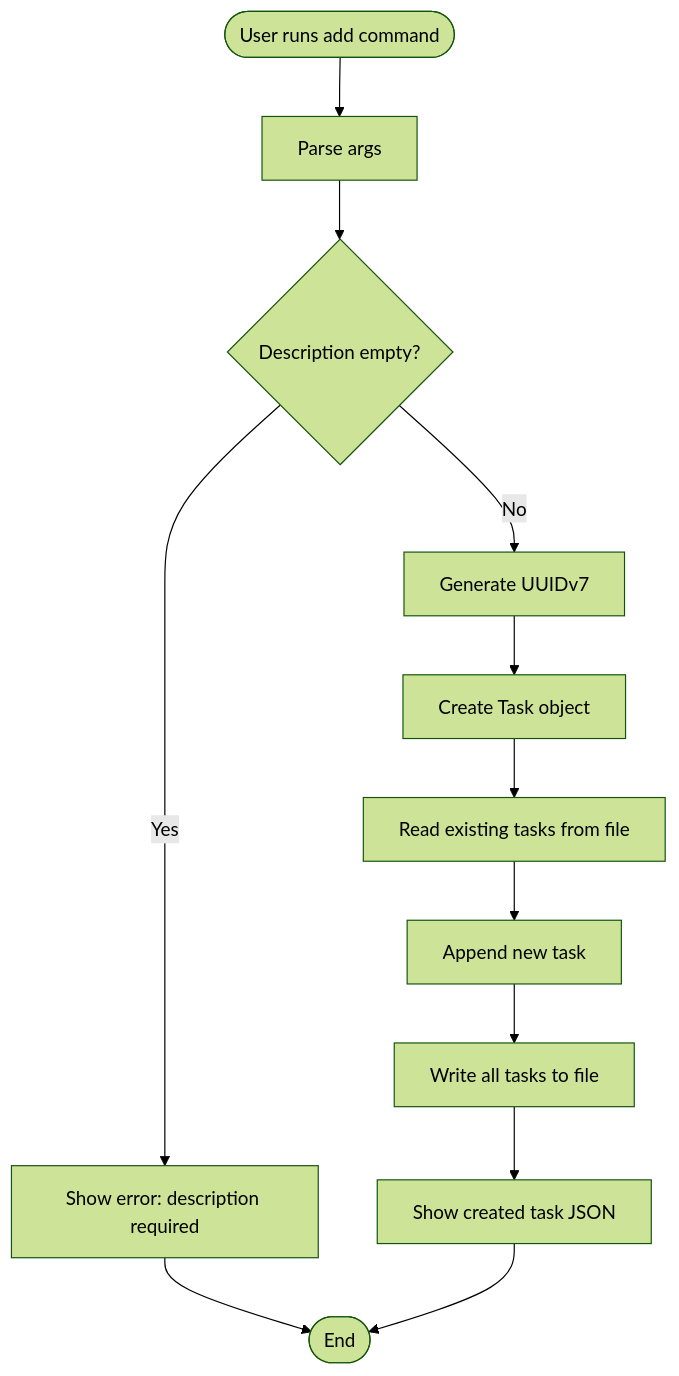
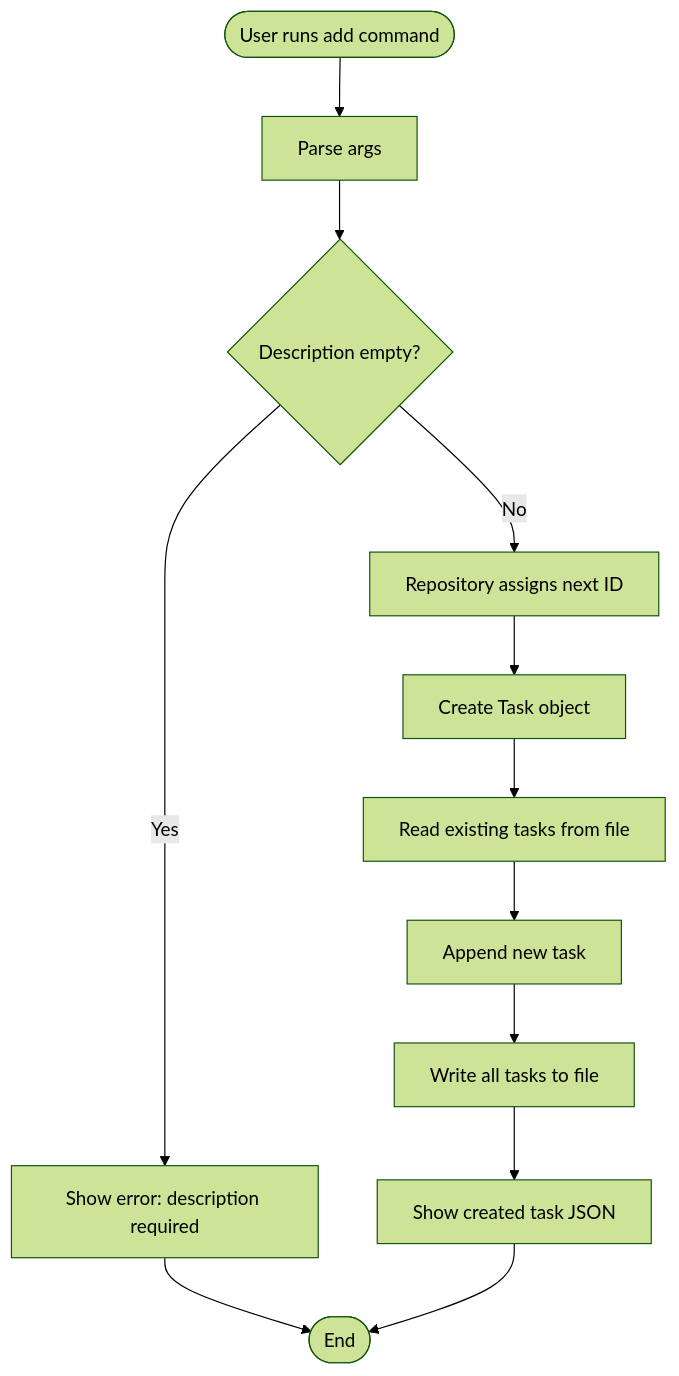
The fourth of 10 diagrams in docs/software-design-document.md (mmk31585/task-cli), drawn with Mermaid (forest theme) before and after one commit. The commit also changed other lines of this file and 7 other files, not shown here.

````diff
--- a/docs/software-design-document.md
+++ b/docs/software-design-document.md
@@ -697,14 +695,14 @@
 ```mermaid
 graph TD
     Start([User runs add command]) --> Parse[Parse args]
     Parse --> Check{Description empty?}
     Check -->|Yes| Error[Show error: description required]
-    Check -->|No| Generate[Generate UUIDv7]
+    Check -->|No| Generate[Repository assigns next ID]
     Generate --> Create[Create Task object]
     Create --> Read[Read existing tasks from file]
     Read --> Append[Append new task]
     Append --> Write[Write all tasks to file]
     Write --> Success[Show created task JSON]
     Error --> End([End])
     Success --> End
 ```
````
